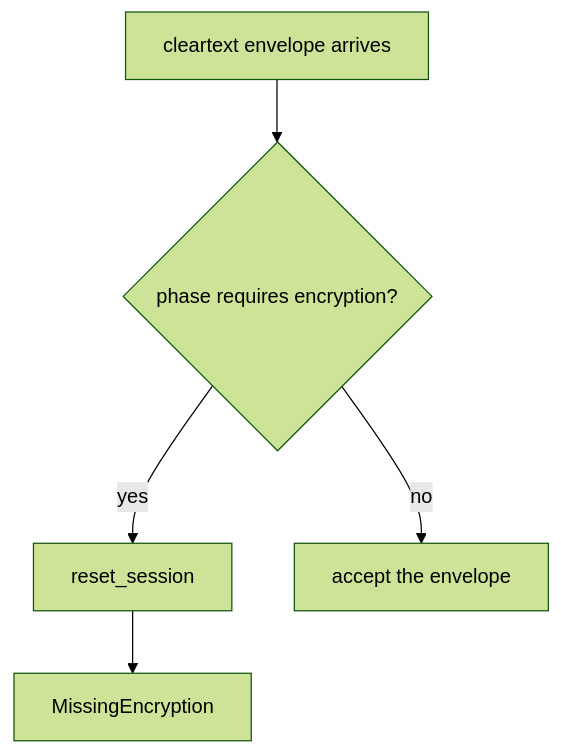
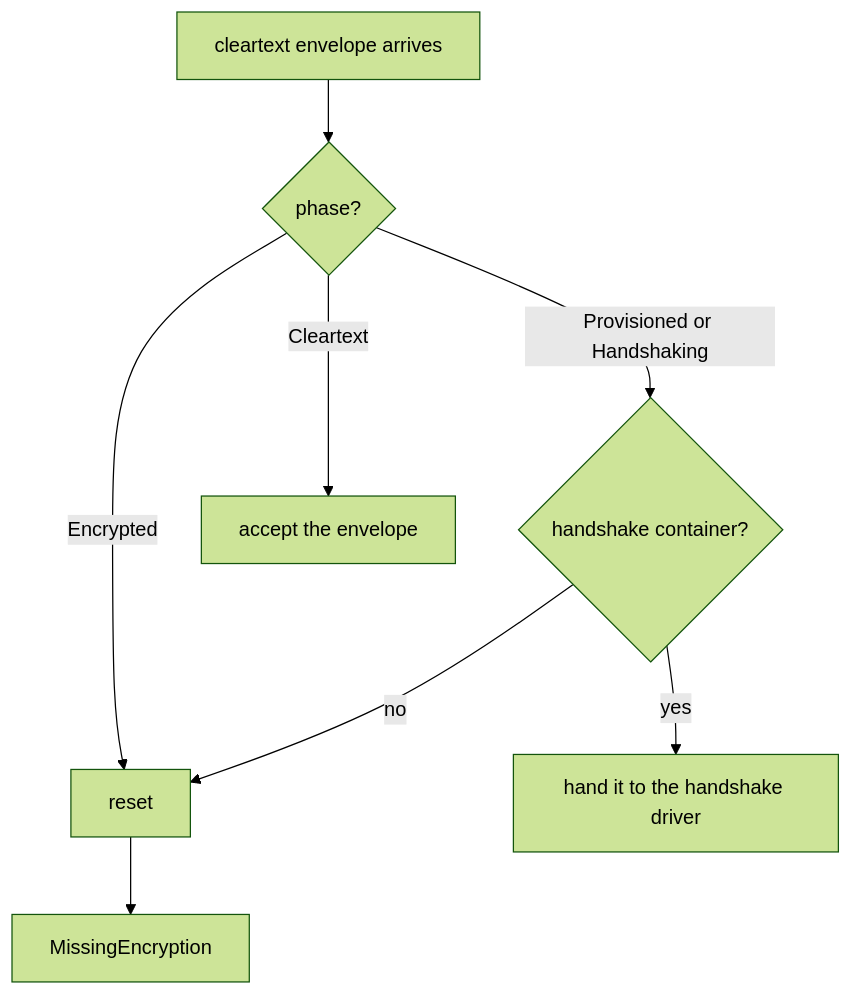
One commit to wahidgroup/tightbeam changed the seventh of 7 diagrams in docs/handshake.md. Above: the diagram before and after it, drawn with Mermaid (forest theme). The commit also changed other lines of this file and 45 other files, not shown here.

````diff
--- a/docs/handshake.md
+++ b/docs/handshake.md
@@ -258,7 +252,10 @@
 ```mermaid
 flowchart TD
-    A[cleartext envelope arrives] --> B{phase requires encryption?}
-    B -->|yes| C[reset_session]
+    A[cleartext envelope arrives] --> B{phase?}
+    B -->|Encrypted| C[reset]
+    B -->|Provisioned or Handshaking| H{handshake container?}
+    H -->|yes| I[hand it to the handshake driver]
+    H -->|no| C
+    B -->|Cleartext| E[accept the envelope]
     C --> D[MissingEncryption]
-    B -->|no| E[accept the envelope]
 ```
````
